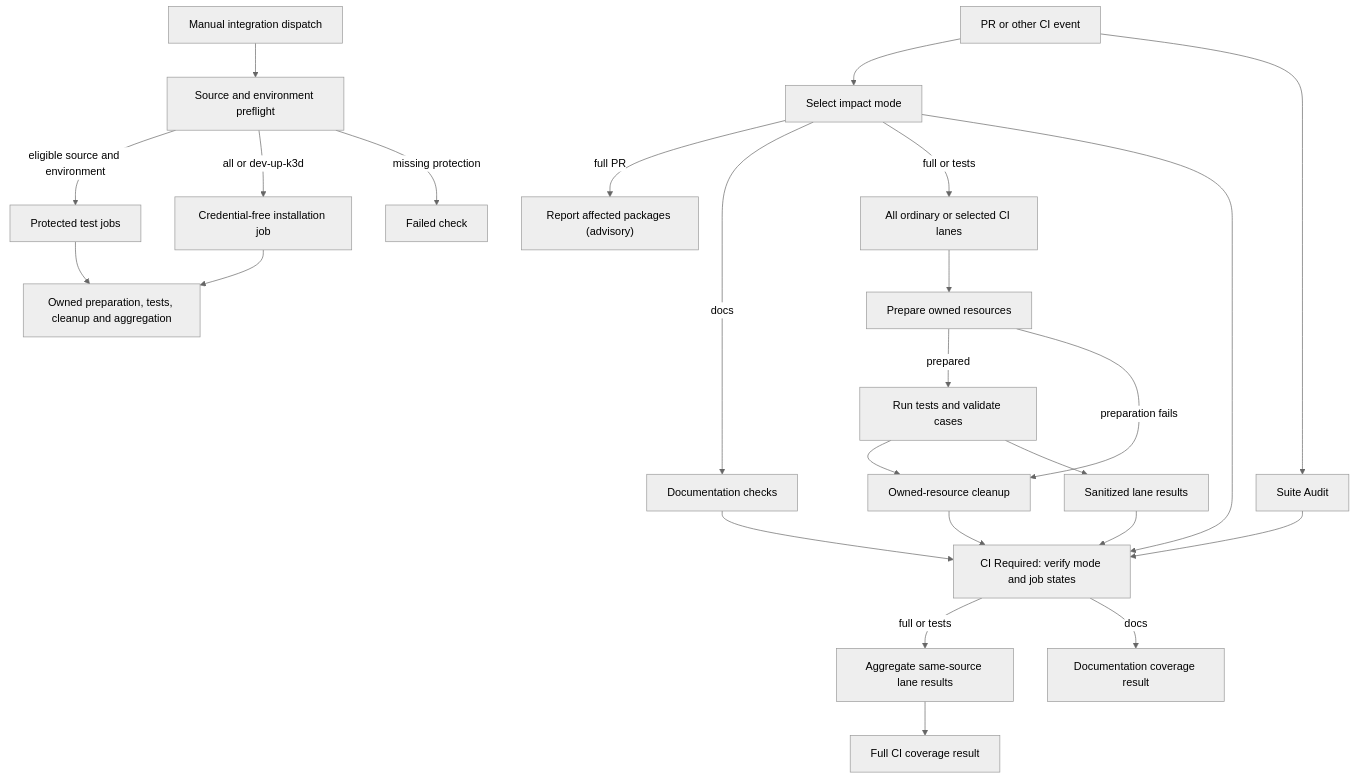
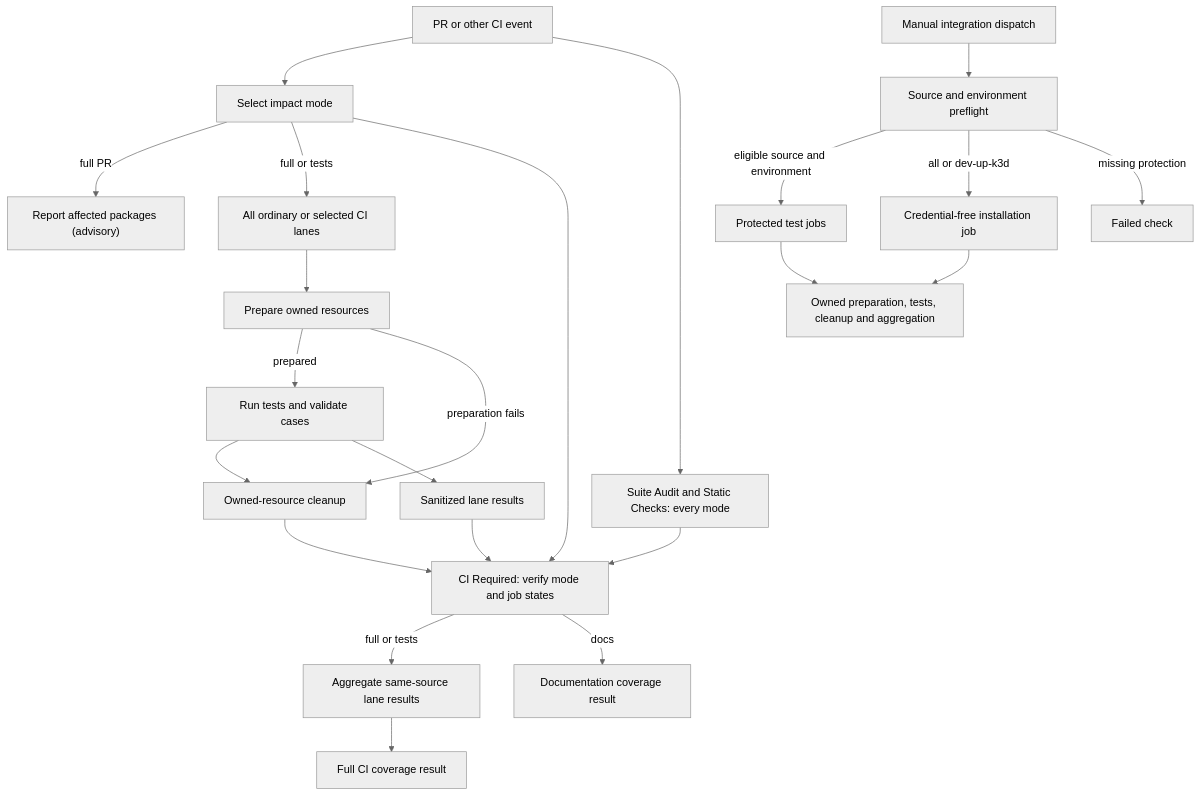
The diagram in docs/flows/github-actions-testing.md (openclaw/openclaw-enterprise), drawn with Mermaid (neutral theme) before and after one commit. The commit also changed other lines of this file and 6 other files, not shown here.

````diff
--- a/docs/flows/github-actions-testing.md
+++ b/docs/flows/github-actions-testing.md
@@ -21,27 +21,25 @@
 ```mermaid
 graph TD
   A["PR or other CI event"] --> S["Select impact mode"]
-  A --> N["Suite Audit"]
+  A --> N["Suite Audit and Static Checks: every mode"]
   S -->|full PR| Q["Report affected packages (advisory)"]
-  S -->|docs| D["Documentation checks"]
   S -->|full or tests| B["All ordinary or selected CI lanes"]
   B --> F["Prepare owned resources"]
   F -->|prepared| H["Run tests and validate cases"]
   F -->|preparation fails| J["Owned-resource cleanup"]
   H --> J
   H --> K["Sanitized lane results"]
   J --> G["CI Required: verify mode and job states"]
   S --> G
   N --> G
-  D --> G
   K --> G
   G -->|full or tests| L["Aggregate same-source lane results"]
   G -->|docs| M["Documentation coverage result"]
   L --> R["Full CI coverage result"]
   C["Manual integration dispatch"] --> P["Source and environment preflight"]
   P -->|eligible source and environment| E["Protected test jobs"]
   P -->|all or dev-up-k3d| U["Credential-free installation job"]
   U --> T
   P -->|missing protection| X["Failed check"]
   E --> T["Owned preparation, tests, cleanup and aggregation"]
 ```
````
